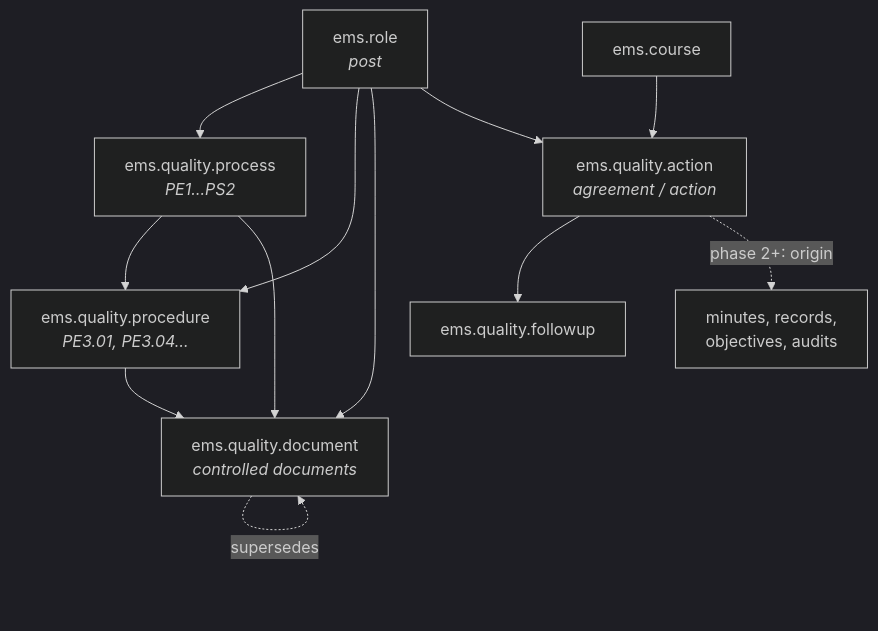
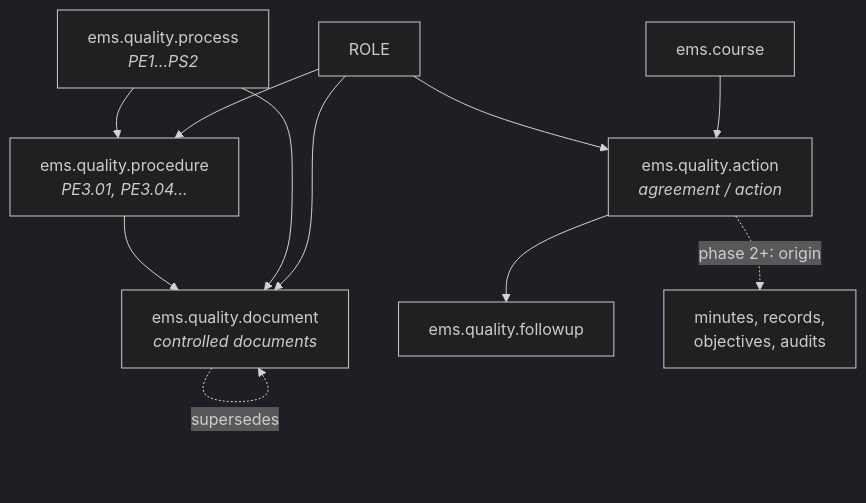
Before and after one commit to ElPuig/EMS: the diagram in docs/en/developers/quality/quality_overview.md, drawn with Mermaid (dark theme). The commit also changed other lines of this file and 41 other files, not shown here.

````diff
--- a/docs/en/developers/quality/quality_overview.md
+++ b/docs/en/developers/quality/quality_overview.md
@@ -20,14 +20,13 @@
 ```mermaid
 graph TD
     PROC["ems.quality.process<br/><i>PE1…PS2</i>"] --> PROCED["ems.quality.procedure<br/><i>PE3.01, PE3.04…</i>"]
     PROCED --> DOC["ems.quality.document<br/><i>controlled documents</i>"]
     PROC --> DOC
     ACT["ems.quality.action<br/><i>agreement / action</i>"] --> FUP["ems.quality.followup"]
-    ROLE["ems.role<br/><i>post</i>"] --> PROC
     ROLE --> PROCED
     ROLE --> DOC
     ROLE --> ACT
     COURSE["ems.course"] --> ACT
     DOC -. "supersedes" .-> DOC
     ACT -. "phase 2+: origin" .-> FUTURE["minutes, records,<br/>objectives, audits"]
 ```
````
